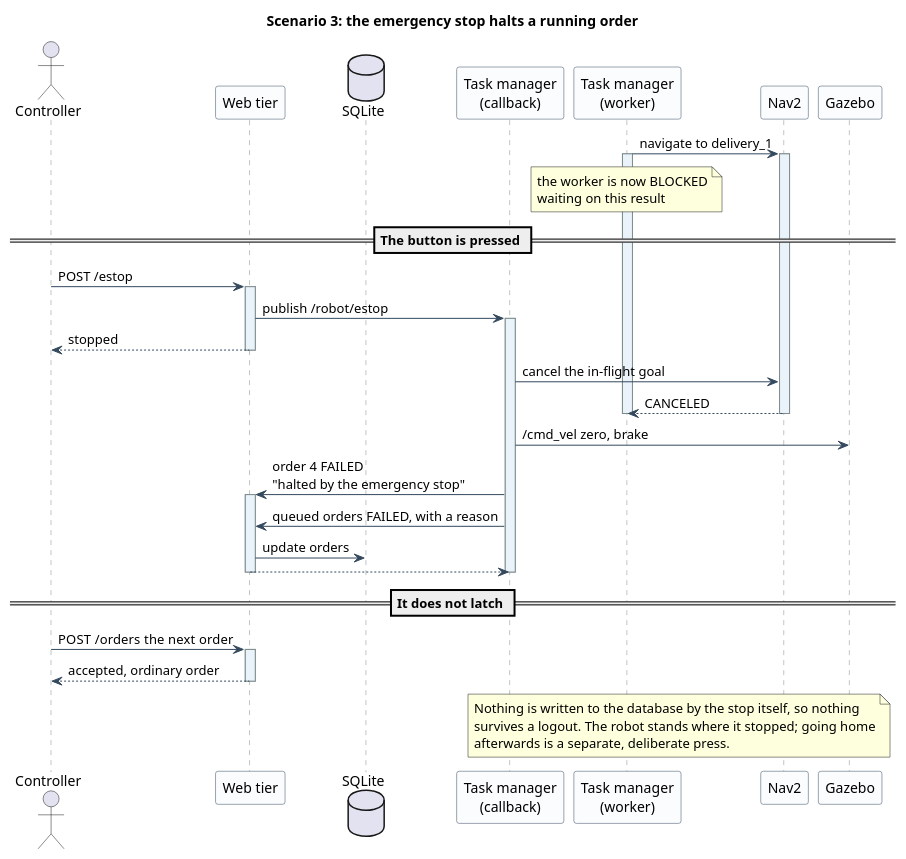
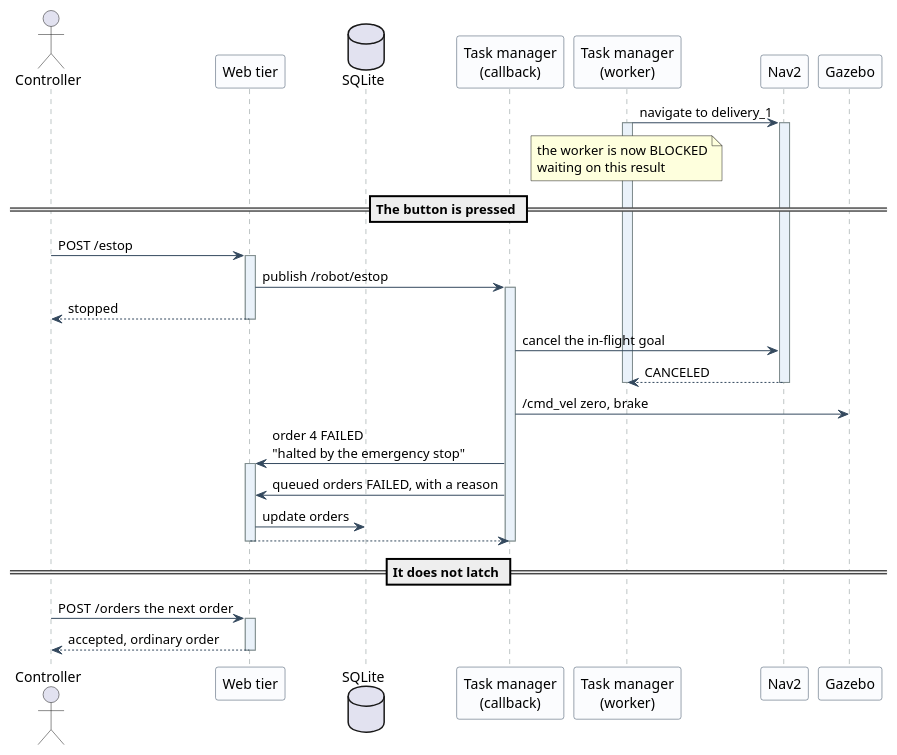
One commit to ArianShafagh/robofetch changed the diagram in report/uml/12-sequence-emergency-stop.puml. Above: the diagram before and after it, drawn with PlantUML. The commit also changed 24 other files, not shown here.

First line of the commit message:
Diagrams: drop the titles and the prose, explain them in the report instead

```diff
--- a/report/uml/12-sequence-emergency-stop.puml
+++ b/report/uml/12-sequence-emergency-stop.puml
@@ -7,50 +7,43 @@
 @startuml
 skinparam backgroundColor White
 skinparam shadowing false
 skinparam sequence {
   ArrowColor #34495E
   LifeLineBorderColor #7F8C8D
   ParticipantBorderColor #34495E
   ParticipantBackgroundColor #FBFCFE
   LifeLineBackgroundColor #EAF2FA
 }
 
-title Scenario 3: the emergency stop halts a running order
 
 actor Controller as C
 participant "Web tier" as API
 database "SQLite" as DB
 participant "Task manager\n(callback)" as CB
 participant "Task manager\n(worker)" as TM
 participant "Nav2" as NAV
 participant "Gazebo" as GZ
 
 TM -> NAV ++ : navigate to delivery_1
 activate TM
 note over TM : the worker is now BLOCKED\nwaiting on this result
 
 == The button is pressed ==
 C -> API ++ : POST /estop
 API -> CB ++ : publish /robot/estop
 API --> C -- : stopped
 CB -> NAV : cancel the in-flight goal
 NAV --> TM -- : CANCELED
 deactivate TM
 CB -> GZ : /cmd_vel zero, brake
 CB -> API ++ : order 4 FAILED\n"halted by the emergency stop"
 CB -> API : queued orders FAILED, with a reason
 API -> DB : update orders
 API --> CB --
 deactivate CB
 
 == It does not latch ==
 C -> API ++ : POST /orders  the next order
 API --> C -- : accepted, ordinary order
 
-note over CB, GZ
-  Nothing is written to the database by the stop itself, so nothing
-  survives a logout. The robot stands where it stopped; going home
-  afterwards is a separate, deliberate press.
-end note
-
 @enduml
```
